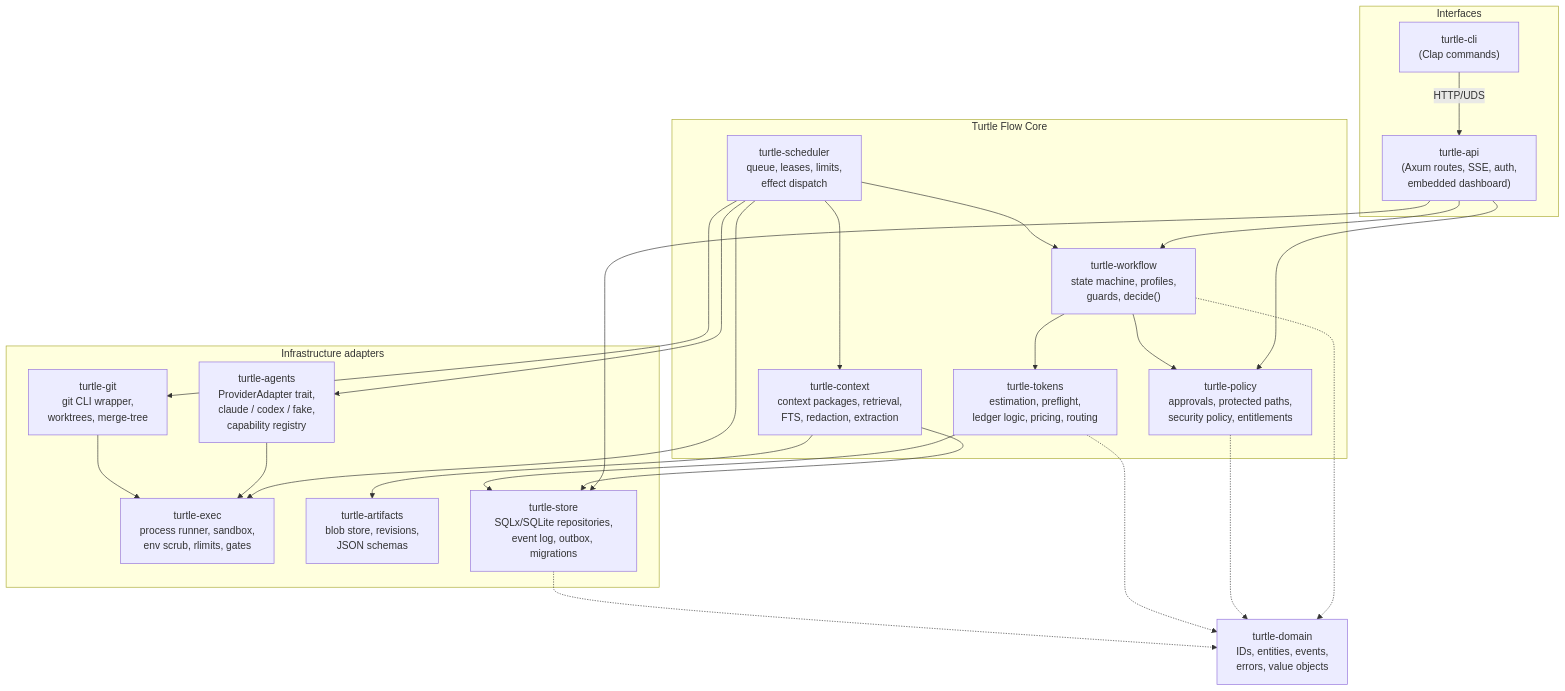
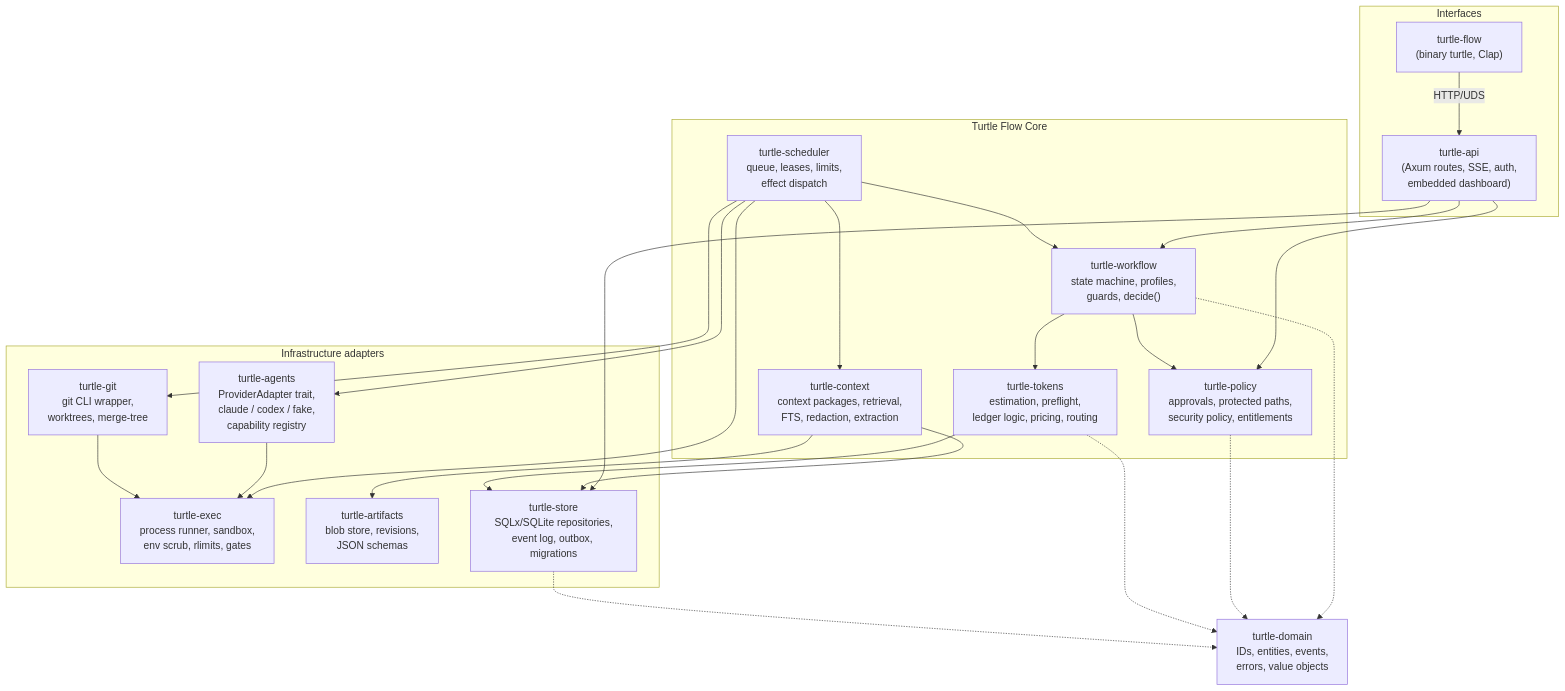
The diagram in docs/diagrams/02-component-architecture.mmd (EmVeeNL/turtle-flow), drawn with Mermaid before and after one commit. The commit also changed 58 other files, not shown here.

```diff
--- a/docs/diagrams/02-component-architecture.mmd
+++ b/docs/diagrams/02-component-architecture.mmd
@@ -1,42 +1,42 @@
 %% Source: ARCHITECTURE.md — keep in sync (extracted from the Markdown document)
 flowchart TB
     subgraph interfaces["Interfaces"]
-        CLI["turtle-cli<br/>(Clap commands)"]
+        CLI["turtle-flow<br/>(binary turtle, Clap)"]
         API["turtle-api<br/>(Axum routes, SSE, auth,<br/>embedded dashboard)"]
     end
     subgraph core["Turtle Flow Core"]
         WF["turtle-workflow<br/>state machine, profiles,<br/>guards, decide()"]
         SCH["turtle-scheduler<br/>queue, leases, limits,<br/>effect dispatch"]
         POL["turtle-policy<br/>approvals, protected paths,<br/>security policy, entitlements"]
         TOK["turtle-tokens<br/>estimation, preflight,<br/>ledger logic, pricing, routing"]
         CTX["turtle-context<br/>context packages, retrieval,<br/>FTS, redaction, extraction"]
     end
     subgraph infra["Infrastructure adapters"]
         AG["turtle-agents<br/>ProviderAdapter trait,<br/>claude / codex / fake,<br/>capability registry"]
         GIT["turtle-git<br/>git CLI wrapper,<br/>worktrees, merge-tree"]
         EXE["turtle-exec<br/>process runner, sandbox,<br/>env scrub, rlimits, gates"]
         ART["turtle-artifacts<br/>blob store, revisions,<br/>JSON schemas"]
         ST["turtle-store<br/>SQLx/SQLite repositories,<br/>event log, outbox, migrations"]
     end
     DOM["turtle-domain<br/>IDs, entities, events,<br/>errors, value objects"]
 
     CLI -->|HTTP/UDS| API
     API --> WF
     API --> POL
     API --> ST
     SCH --> WF
     SCH --> AG
     SCH --> GIT
     SCH --> EXE
     SCH --> CTX
     WF --> POL
     WF --> TOK
     CTX --> ART
     CTX --> ST
     TOK --> ST
     AG --> EXE
     GIT --> EXE
     WF -.-> DOM
     POL -.-> DOM
     TOK -.-> DOM
     ST -.-> DOM
```
